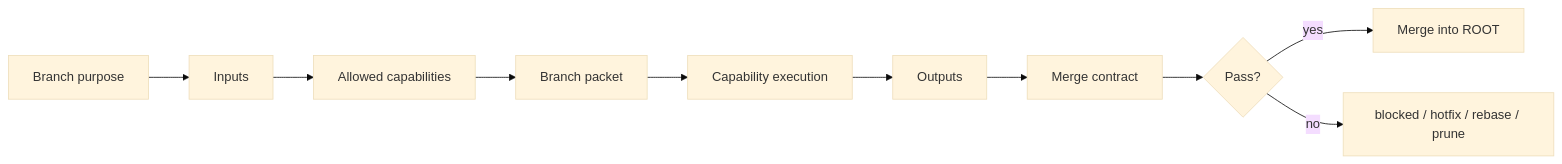
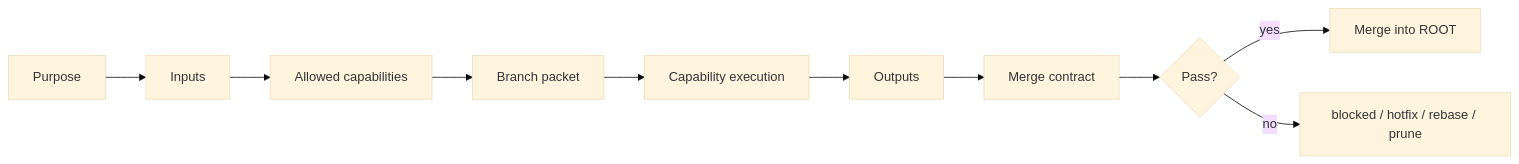
The third of 3 diagrams in docs/branchos_visual_report.md (Fly-Carrot/BranchOS), drawn with Mermaid (base theme) before and after one commit. The commit also changed other lines of this file and 13 other files, not shown here.

````diff
--- a/docs/branchos_visual_report.md
+++ b/docs/branchos_visual_report.md
@@ -115,12 +87,12 @@
 ```mermaid
 flowchart LR
-    A["Branch purpose"] --> B["Inputs"]
+    A["Purpose"] --> B["Inputs"]
     B --> C["Allowed capabilities"]
     C --> D["Branch packet"]
     D --> E["Capability execution"]
     E --> F["Outputs"]
     F --> G["Merge contract"]
     G --> H{"Pass?"}
     H -->|yes| I["Merge into ROOT"]
     H -->|no| J["blocked / hotfix / rebase / prune"]
 ```
````
